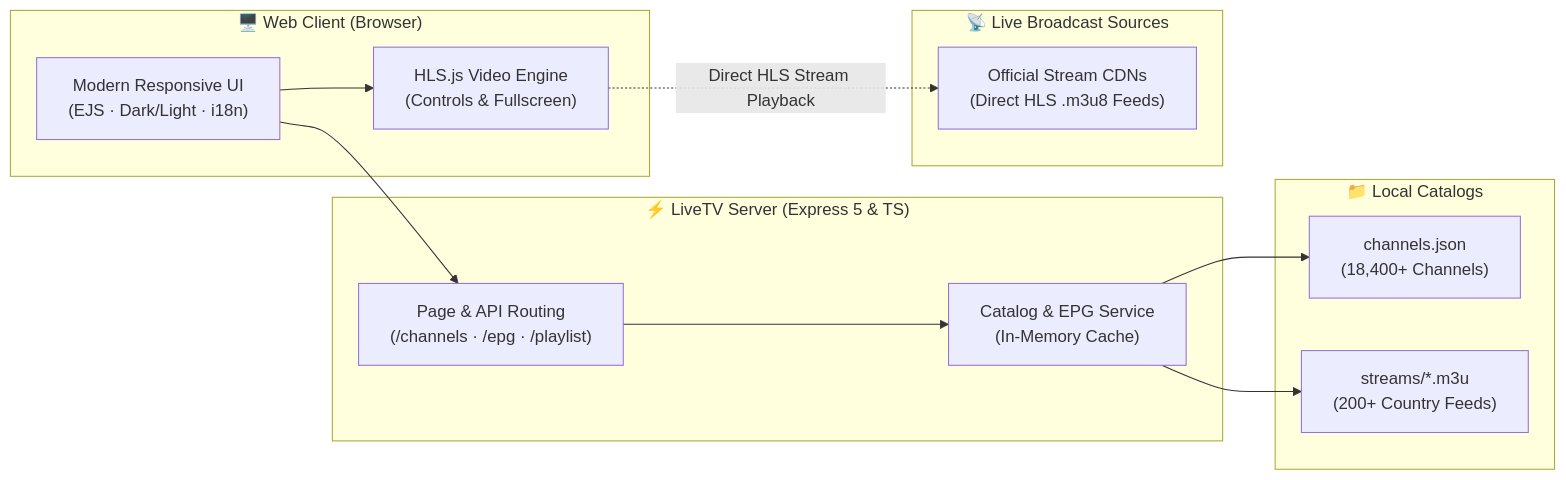
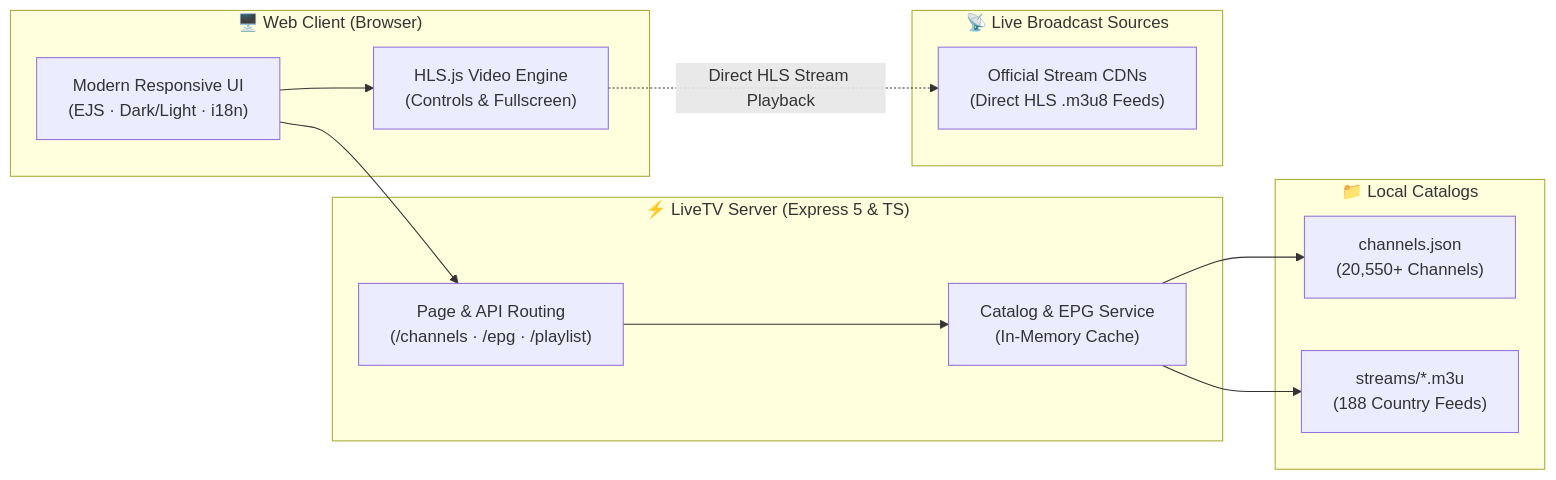
One commit to shakibzcv/live-tv changed the diagram in README.md. Above: the diagram before and after it, drawn with Mermaid. The commit also changed other lines of this file and 197 other files, not shown here.

````diff
--- a/README.md
+++ b/README.md
@@ -61,28 +61,28 @@
 ```mermaid
 flowchart LR
     subgraph Client ["🖥️ Web Client (Browser)"]
         UI["Modern Responsive UI<br/>(EJS · Dark/Light · i18n)"]
         Player["HLS.js Video Engine<br/>(Controls & Fullscreen)"]
     end
 
     subgraph Server ["⚡ LiveTV Server (Express 5 & TS)"]
         Router["Page & API Routing<br/>(/channels · /epg · /playlist)"]
         DataService["Catalog & EPG Service<br/>(In-Memory Cache)"]
     end
 
     subgraph Data ["📁 Local Catalogs"]
-        ChannelsDB["channels.json<br/>(18,400+ Channels)"]
-        Playlists["streams/*.m3u<br/>(200+ Country Feeds)"]
+        ChannelsDB["channels.json<br/>(20,550+ Channels)"]
+        Playlists["streams/*.m3u<br/>(188 Country Feeds)"]
     end
 
     subgraph Upstream ["📡 Live Broadcast Sources"]
         LiveCDNs["Official Stream CDNs<br/>(Direct HLS .m3u8 Feeds)"]
     end
 
     UI --> Router
     Router --> DataService
     DataService --> ChannelsDB
     DataService --> Playlists
     UI --> Player
     Player -. "Direct HLS Stream Playback" .-> LiveCDNs
 ```
````
